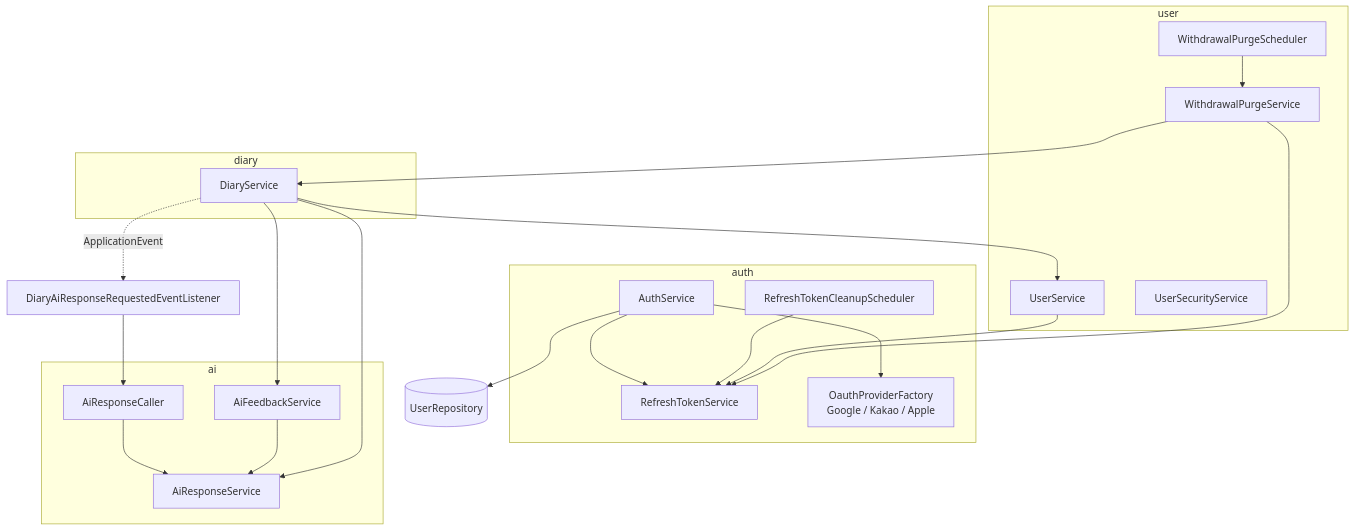
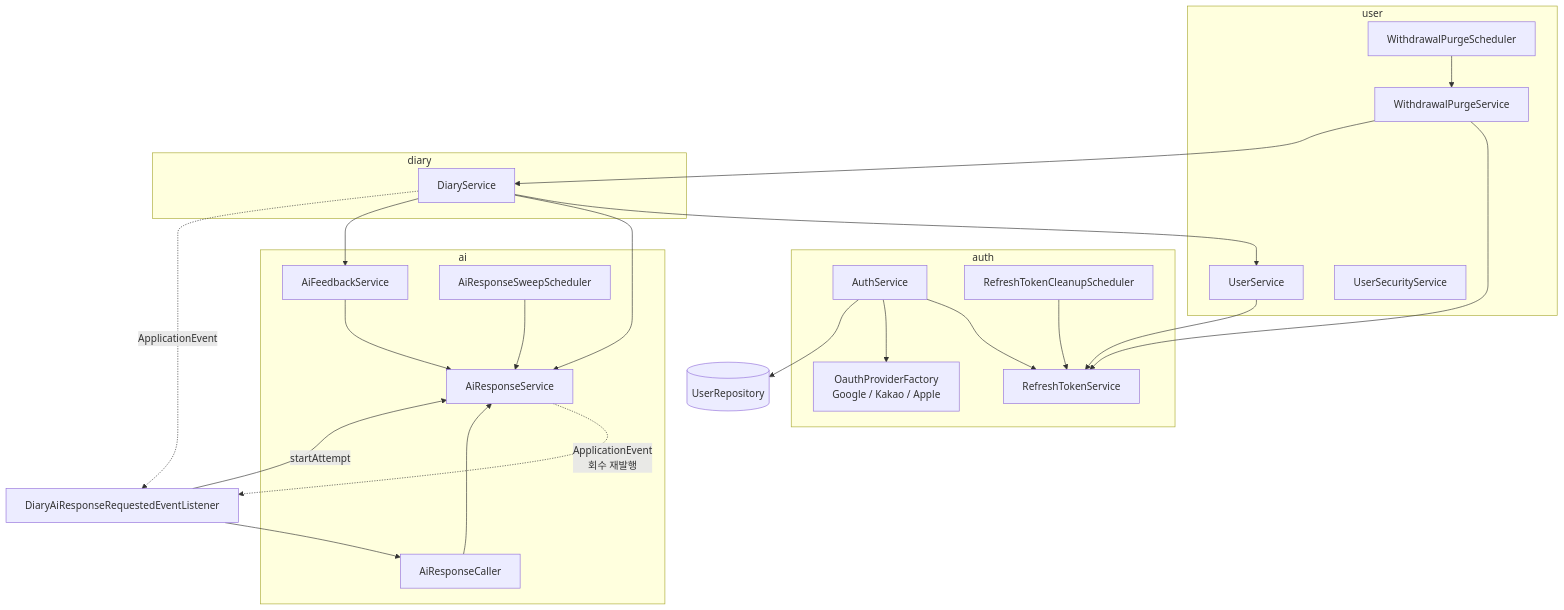
Before and after one commit to hearu-application/backend: the third of 8 diagrams in docs/architecture.md, drawn with Mermaid. The commit also changed other lines of this file and 28 other files, not shown here.

````diff
--- a/docs/architecture.md
+++ b/docs/architecture.md
@@ -98,36 +100,40 @@
 ```mermaid
 graph TD
     subgraph auth
         AuthSvc[AuthService] --> RtSvc[RefreshTokenService]
         AuthSvc --> Factory[OauthProviderFactory<br/>Google / Kakao / Apple]
         Sched[RefreshTokenCleanupScheduler] --> RtSvc
     end
 
     subgraph user
         UserSvc[UserService] --> RtSvc
         SecSvc[UserSecurityService]
         PurgeSched[WithdrawalPurgeScheduler] --> PurgeSvc[WithdrawalPurgeService]
         PurgeSvc --> RtSvc
     end
 
     subgraph diary
         DiarySvc[DiaryService]
     end
 
     subgraph ai
         ArSvc[AiResponseService]
         Caller[AiResponseCaller]
         AfSvc[AiFeedbackService]
+        SweepSched[AiResponseSweepScheduler]
         Caller --> ArSvc
         AfSvc --> ArSvc
+        SweepSched --> ArSvc
     end
 
     DiarySvc --> UserSvc
     PurgeSvc --> DiarySvc
     DiarySvc --> ArSvc
     DiarySvc --> AfSvc
     AuthSvc --> UserRepo[(UserRepository)]
 
     Listener[DiaryAiResponseRequestedEventListener] --> Caller
+    Listener -->|startAttempt| ArSvc
     DiarySvc -. ApplicationEvent .-> Listener
+    ArSvc -. ApplicationEvent<br/>회수 재발행 .-> Listener
 ```
````
